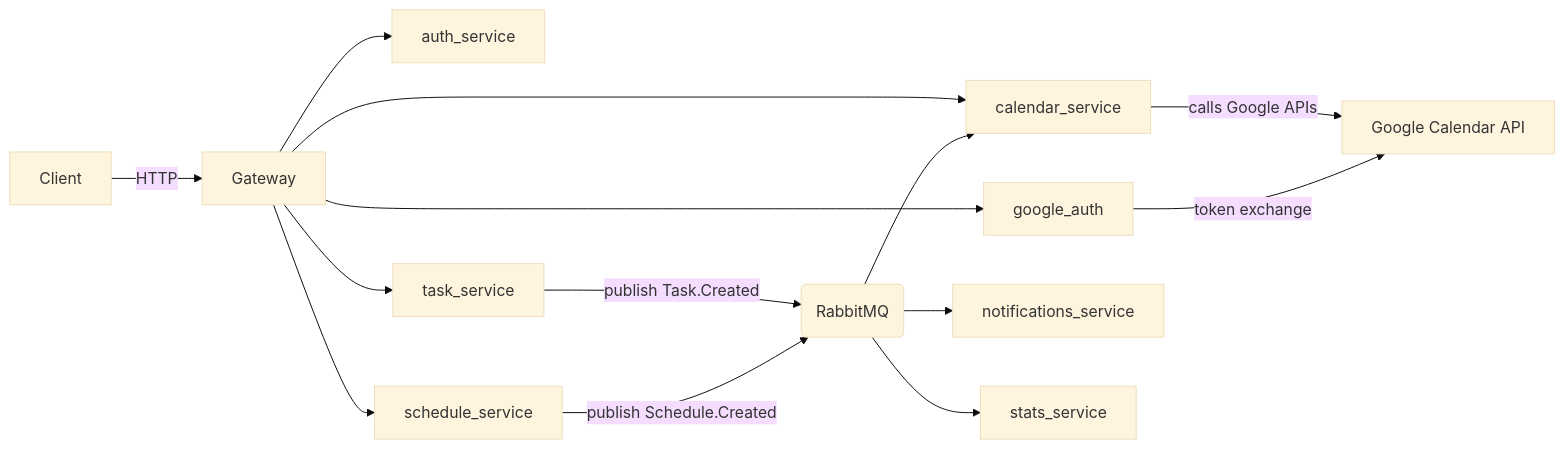
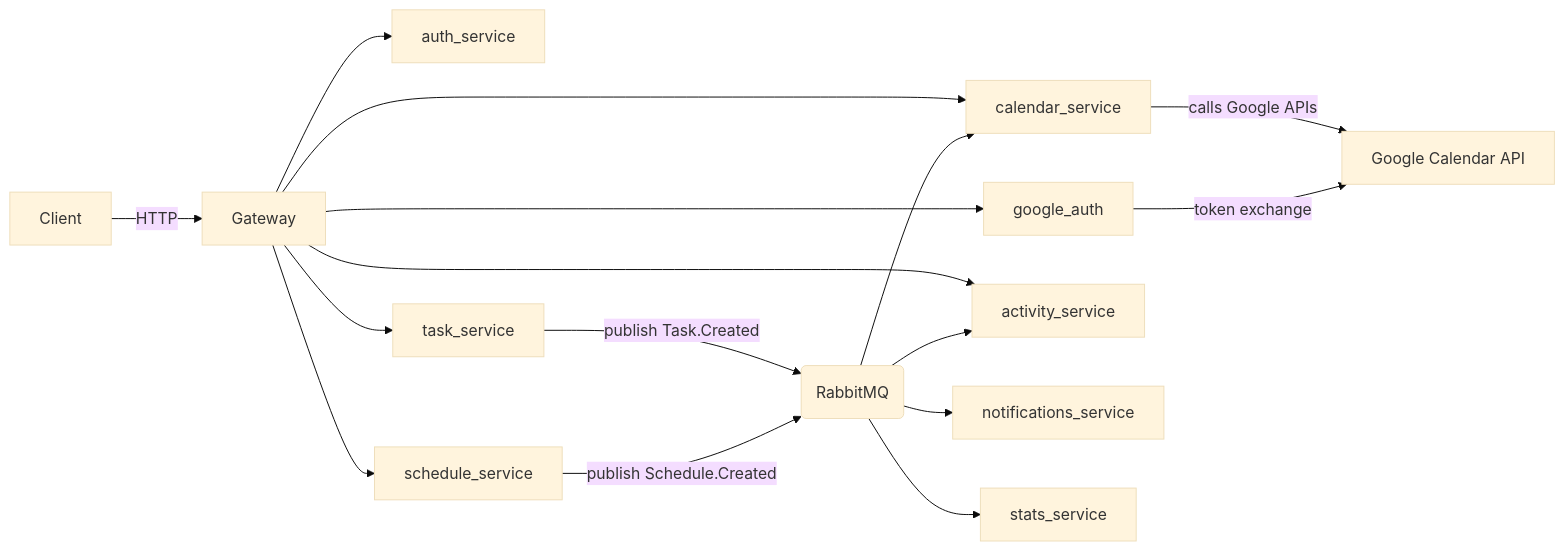
The diagram in docs/arquitectura.md (antonbetak/kairos-backend), drawn with Mermaid (base theme) before and after one commit. The commit also changed other lines of this file and 2 other files, not shown here.

Commit message:
feat: Documentar activity_service

````diff
--- a/docs/arquitectura.md
+++ b/docs/arquitectura.md
@@ -21,16 +22,18 @@
 ```mermaid
 flowchart LR
   Client -->|HTTP| Gateway
   Gateway --> AuthService[auth_service]
   Gateway --> GoogleAuth[google_auth]
   Gateway --> Calendar[calendar_service]
+  Gateway --> Activity[activity_service]
   Gateway --> Task[task_service]
   Gateway --> Schedule[schedule_service]
   Task -->|publish Task.Created| Rabbit(RabbitMQ)
   Schedule -->|publish Schedule.Created| Rabbit
   Rabbit --> Notifications[notifications_service]
   Rabbit --> Stats[stats_service]
   Rabbit --> Calendar
+  Rabbit --> Activity
   Calendar -->|calls Google APIs| Google[Google Calendar API]
   GoogleAuth -->|token exchange| Google
 ```
````
